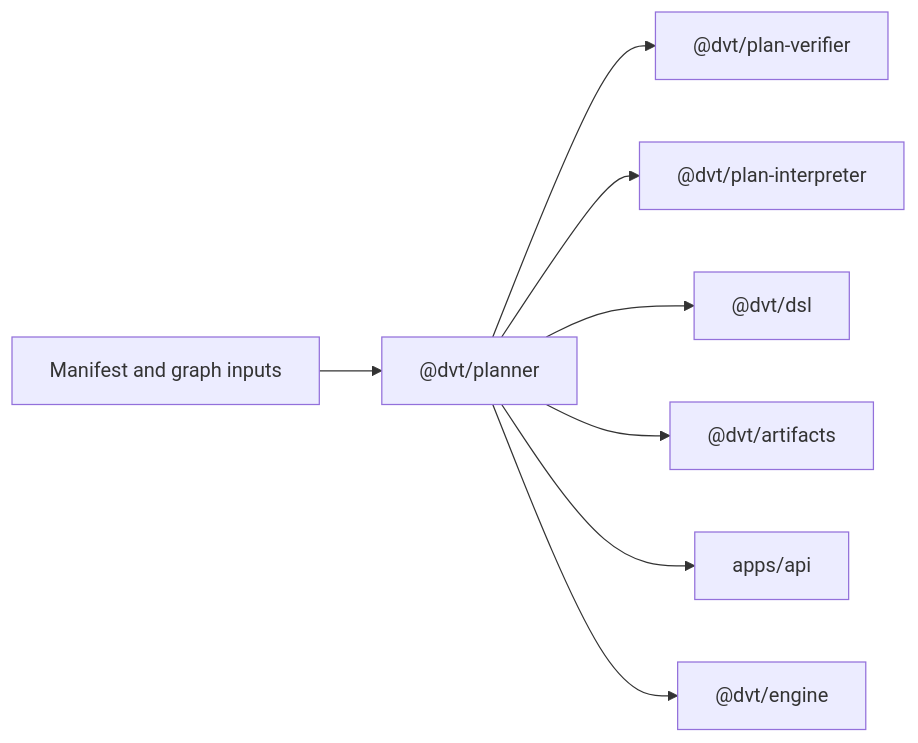
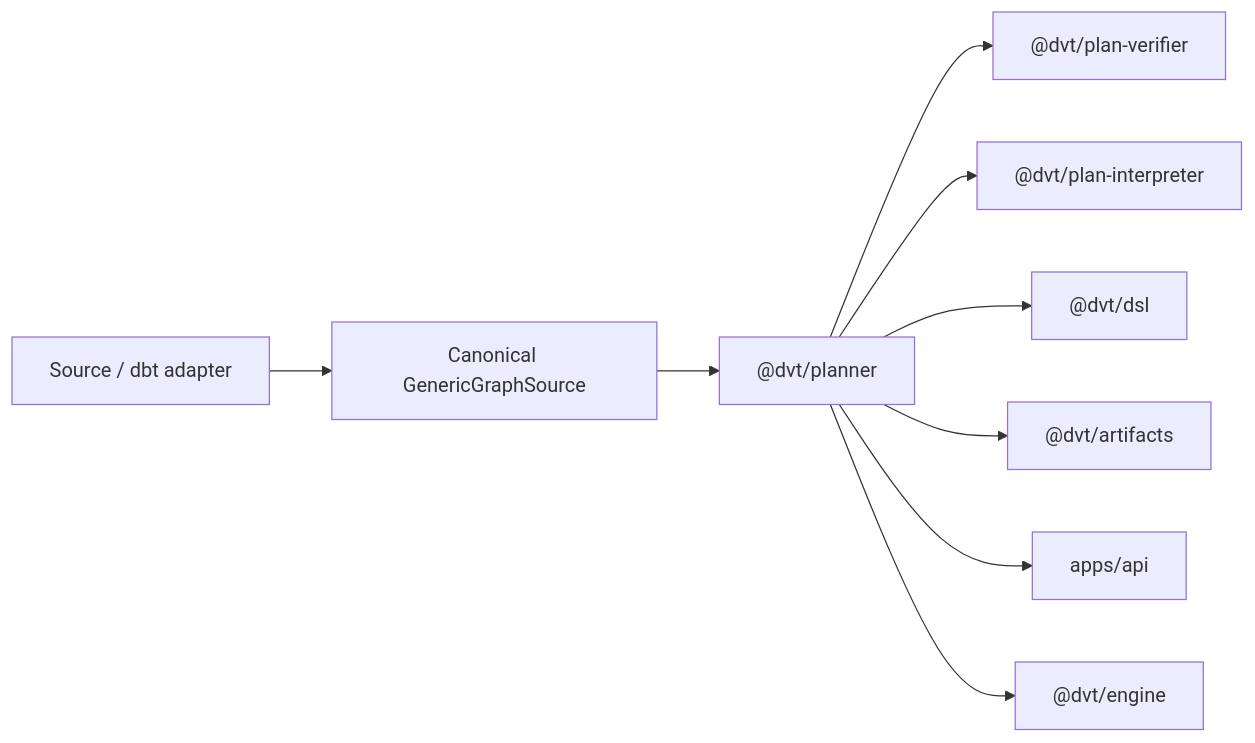
One commit to dunay2/dvt changed the diagram in docs/architecture/domain-planning.md. Above: the diagram before and after it, drawn with Mermaid. The commit also changed other lines of this file and 28 other files, not shown here.

````diff
--- a/docs/architecture/domain-planning.md
+++ b/docs/architecture/domain-planning.md
@@ -32,10 +32,11 @@
 ```mermaid
 flowchart LR
-  Manifest["Manifest and graph inputs"] --> Planner["@dvt/planner"]
+  SourceAdapter["Source / dbt adapter"] --> Graph["Canonical GenericGraphSource"]
+  Graph --> Planner["@dvt/planner"]
   Planner --> Verifier["@dvt/plan-verifier"]
   Planner --> Interpreter["@dvt/plan-interpreter"]
   Planner --> DSL["@dvt/dsl"]
   Planner --> Artifacts["@dvt/artifacts"]
   Planner --> API["apps/api"]
   Planner --> Execution["@dvt/engine"]
 ```
````
